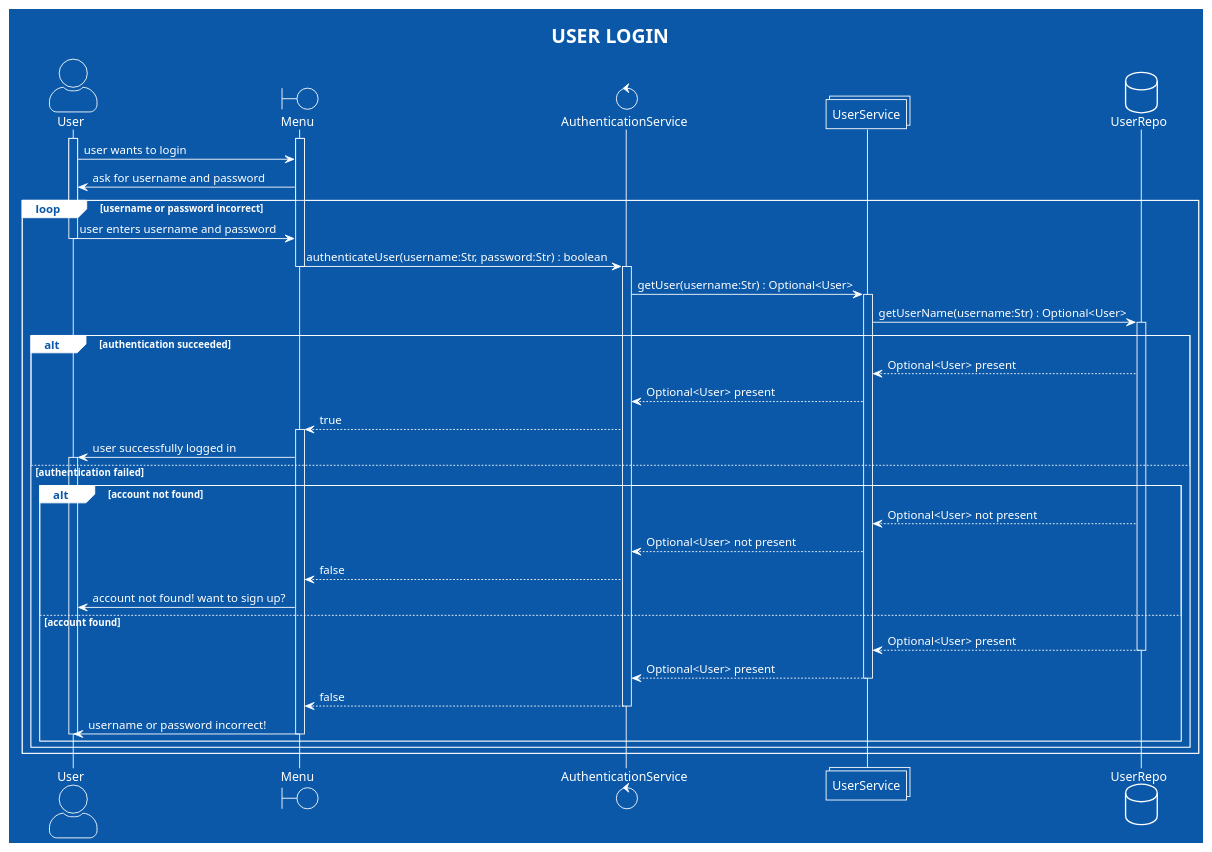
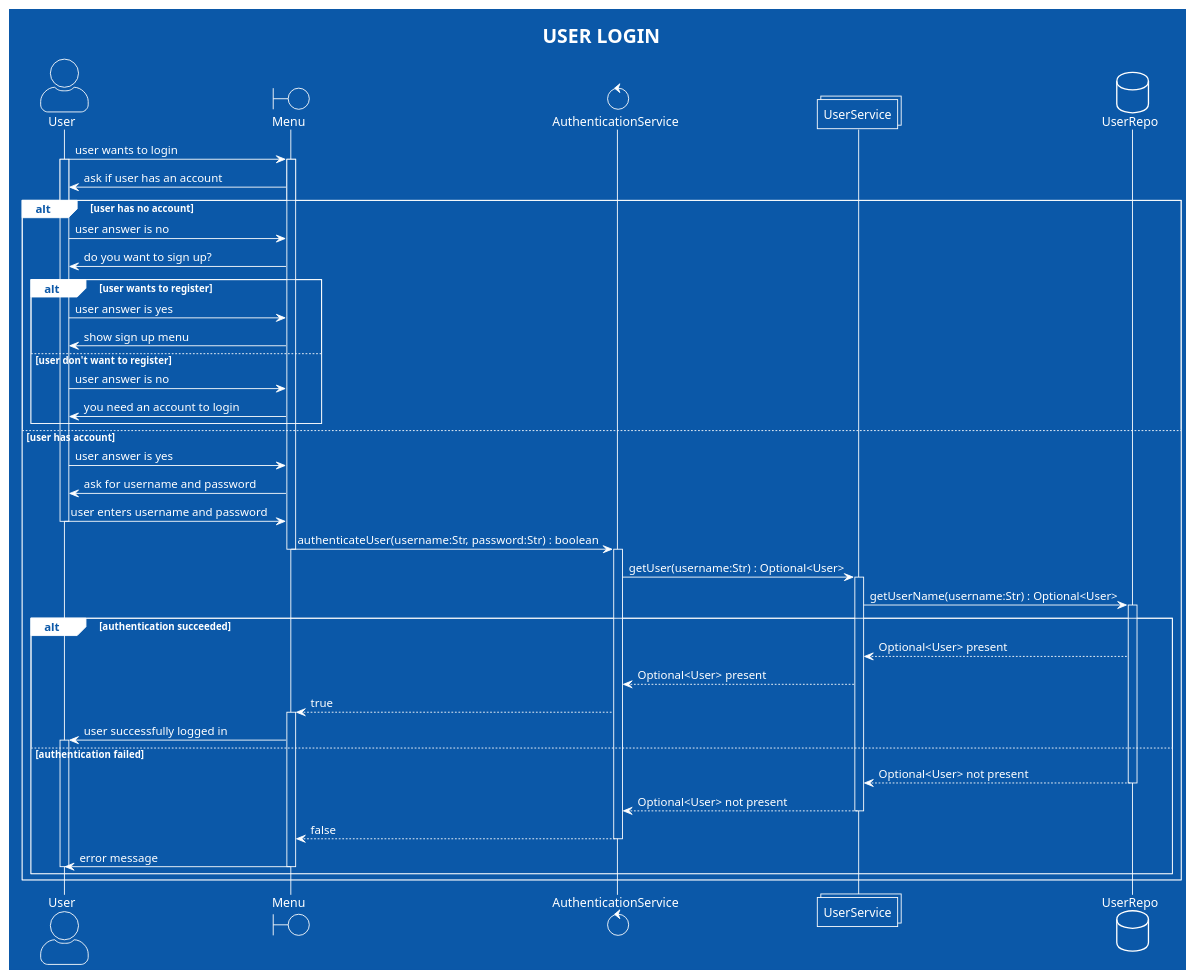
One commit to Gabe-Alvess/LibraryAppDiagrams changed the first of 7 diagrams in sequence/sequence-diagrams.md. Above: the diagram before and after it, drawn with PlantUML. The commit also changed other lines of this file and 4 other files, not shown here.

````diff
--- a/sequence/sequence-diagrams.md
+++ b/sequence/sequence-diagrams.md
@@ -1,60 +1,64 @@
 ```plantuml
 
 @startuml
 
 !theme amiga
 skinparam actorStyle awesome
 title USER LOGIN
 
 Actor User as user
 Boundary Menu as menu
 Control AuthenticationService as service
 collections UserService as userservice
 database UserRepo as repo
 
+
+user -> menu : user wants to login
 activate user
 activate menu
-
-user -> menu : user wants to login
-menu -> user : ask for username and password
-
-loop username or password incorrect
+menu -> user : ask if user has an account
+alt user has no account
+    user -> menu : user answer is no
+    menu -> user : do you want to sign up?
+    alt user wants to register
+        user -> menu : user answer is yes
+        menu -> user : show sign up menu
+    else user don't want to register
+        user -> menu : user answer is no
+        menu -> user : you need an account to login
+    end
+else user has account
+    user -> menu : user answer is yes
+    menu -> user : ask for username and password
     user -> menu : user enters username and password
     deactivate user
     menu -> service : authenticateUser(username:Str, password:Str) : boolean
     deactivate menu
     activate service
     service -> userservice : getUser(username:Str) : Optional<User>
     activate userservice
     userservice -> repo : getUserName(username:Str) : Optional<User>
     activate repo
     alt authentication succeeded
         repo --> userservice :  Optional<User> present
         userservice --> service :  Optional<User> present
         service --> menu : true
         activate menu
         menu -> user : user successfully logged in
         activate user
     else authentication failed
-        alt account not found
-            repo --> userservice : Optional<User> not present
-            userservice --> service :  Optional<User> not present
-            service --> menu : false
-            menu -> user : account not found! want to sign up?
-        else account found
-            repo --> userservice :  Optional<User> present
-            deactivate repo
-            userservice --> service :  Optional<User> present
-            deactivate userservice
-            service --> menu : false
-            deactivate service
-            menu -> user : username or password incorrect!
-            deactivate user
-            deactivate menu
-        end
+        repo --> userservice : Optional<User> not present
+        deactivate repo
+        userservice --> service :  Optional<User> not present
+        deactivate userservice
+        service --> menu : false
+        deactivate service
+        menu -> user : error message
+        deactivate user
+        deactivate menu
     end
 end
 
 @enduml
 
 ```
````
